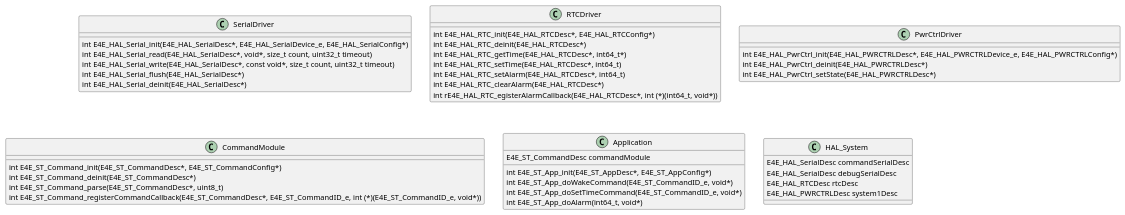
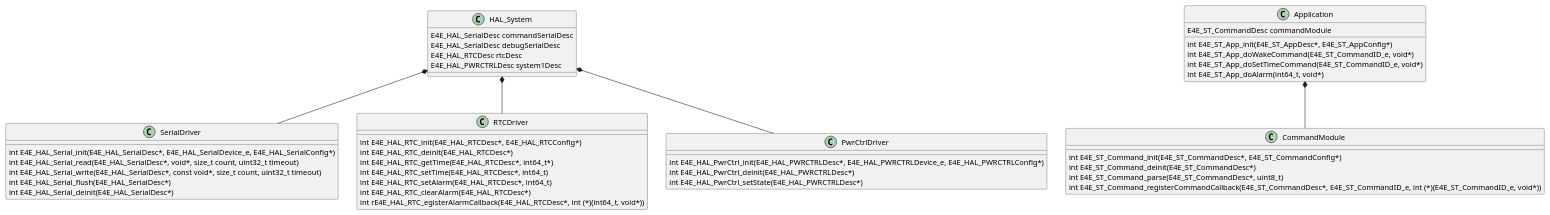
One commit to UCSD-E4E/e4e_sleep_timer_docs changed the second of 3 diagrams in system_diagram.puml. Above: the diagram before and after it, drawn with PlantUML. The commit also changed other lines of this file, not shown here.

Commit message:
Added FW Architecture Diagram

```diff
--- a/system_diagram.puml
+++ b/system_diagram.puml
@@ -21,45 +21,51 @@
 @startuml FW Diagram
 class SerialDriver{
     int E4E_HAL_Serial_init(E4E_HAL_SerialDesc*, E4E_HAL_SerialDevice_e, E4E_HAL_SerialConfig*)
     int E4E_HAL_Serial_read(E4E_HAL_SerialDesc*, void*, size_t count, uint32_t timeout)
     int E4E_HAL_Serial_write(E4E_HAL_SerialDesc*, const void*, size_t count, uint32_t timeout)
     int E4E_HAL_Serial_flush(E4E_HAL_SerialDesc*)
     int E4E_HAL_Serial_deinit(E4E_HAL_SerialDesc*)
 }
 
 class RTCDriver{ 
     int E4E_HAL_RTC_init(E4E_HAL_RTCDesc*, E4E_HAL_RTCConfig*)
     int E4E_HAL_RTC_deinit(E4E_HAL_RTCDesc*)
     int E4E_HAL_RTC_getTime(E4E_HAL_RTCDesc*, int64_t*)
     int E4E_HAL_RTC_setTime(E4E_HAL_RTCDesc*, int64_t)
     int E4E_HAL_RTC_setAlarm(E4E_HAL_RTCDesc*, int64_t)
     int E4E_HAL_RTC_clearAlarm(E4E_HAL_RTCDesc*)
     int rE4E_HAL_RTC_egisterAlarmCallback(E4E_HAL_RTCDesc*, int (*)(int64_t, void*))
 }
 class PwrCtrlDriver{
     int E4E_HAL_PwrCtrl_init(E4E_HAL_PWRCTRLDesc*, E4E_HAL_PWRCTRLDevice_e, E4E_HAL_PWRCTRLConfig*)
     int E4E_HAL_PwrCtrl_deinit(E4E_HAL_PWRCTRLDesc*)
     int E4E_HAL_PwrCtrl_setState(E4E_HAL_PWRCTRLDesc*)
 }
 
 class CommandModule{
     int E4E_ST_Command_init(E4E_ST_CommandDesc*, E4E_ST_CommandConfig*)
     int E4E_ST_Command_deinit(E4E_ST_CommandDesc*)
     int E4E_ST_Command_parse(E4E_ST_CommandDesc*, uint8_t)
     int E4E_ST_Command_registerCommandCallback(E4E_ST_CommandDesc*, E4E_ST_CommandID_e, int (*)(E4E_ST_CommandID_e, void*))
 }
 class Application{
     E4E_ST_CommandDesc commandModule
     int E4E_ST_App_init(E4E_ST_AppDesc*, E4E_ST_AppConfig*)
     int E4E_ST_App_doWakeCommand(E4E_ST_CommandID_e, void*)
     int E4E_ST_App_doSetTimeCommand(E4E_ST_CommandID_e, void*)
     int E4E_ST_App_doAlarm(int64_t, void*)
 }
 
 class HAL_System{
     E4E_HAL_SerialDesc commandSerialDesc
     E4E_HAL_SerialDesc debugSerialDesc
     E4E_HAL_RTCDesc rtcDesc
     E4E_HAL_PWRCTRLDesc system1Desc
 }
+
+HAL_System *-- SerialDriver
+HAL_System *-- RTCDriver
+HAL_System *-- PwrCtrlDriver
+
+Application *-- CommandModule
 @enduml
```
